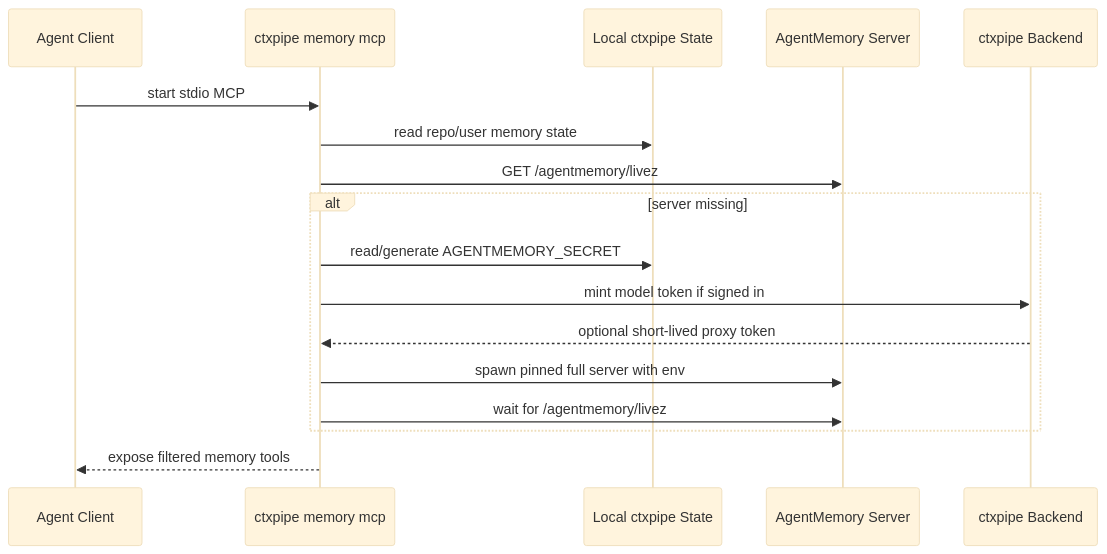
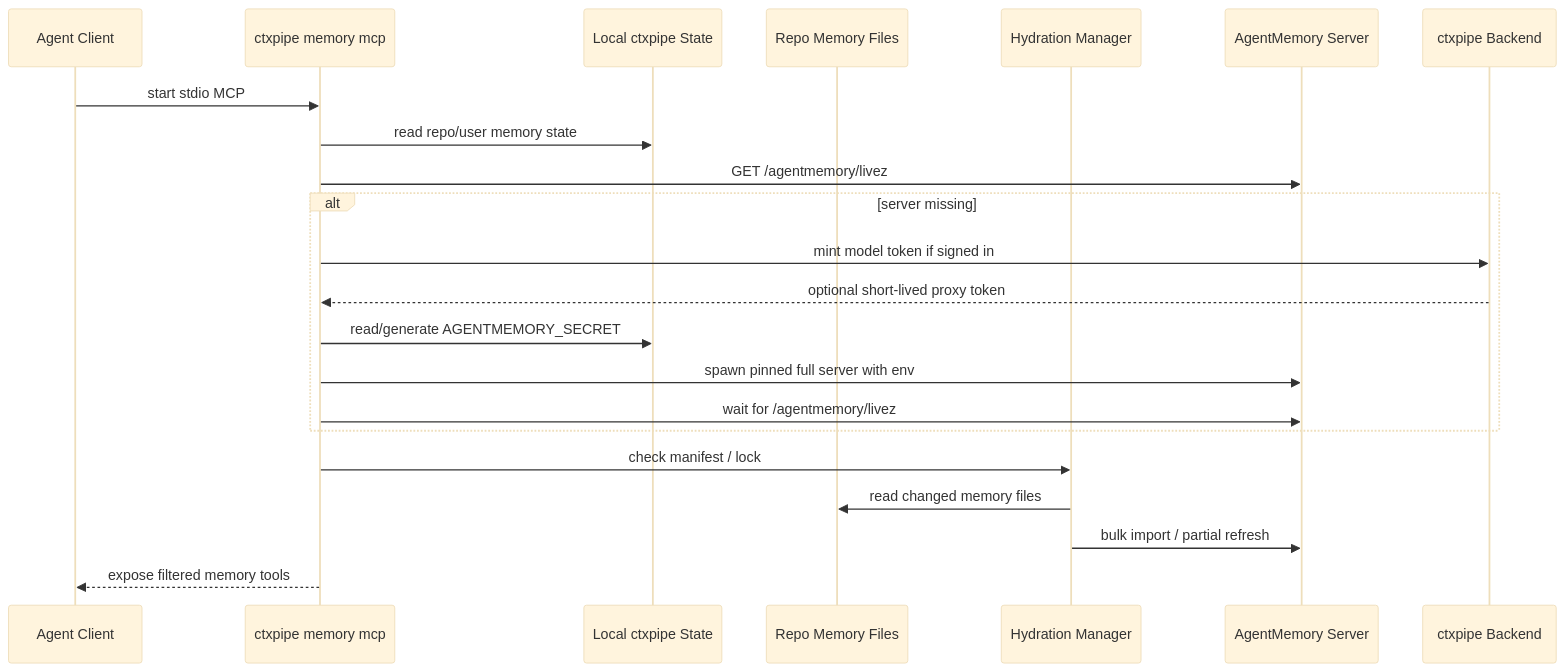
The second of 5 diagrams in .ai/memory/decisions/ADR-021-local-agent-memory-agentmemory-hybrid-mcp-proxy.md (ctxpipe-ai/ctxpipe), drawn with Mermaid (base theme) before and after one commit. The commit also changed other lines of this file and 1 other file, not shown here.

````diff
--- a/.ai/memory/decisions/ADR-021-local-agent-memory-agentmemory-hybrid-mcp-proxy.md
+++ b/.ai/memory/decisions/ADR-021-local-agent-memory-agentmemory-hybrid-mcp-proxy.md
@@ -180,20 +260,25 @@
 ```mermaid
 sequenceDiagram
   participant Agent as Agent Client
   participant MCP as ctxpipe memory mcp
   participant State as Local ctxpipe State
+  participant Files as Repo Memory Files
+  participant Hydrate as Hydration Manager
   participant AM as AgentMemory Server
   participant Auth as ctxpipe Backend
 
   Agent->>MCP: start stdio MCP
   MCP->>State: read repo/user memory state
   MCP->>AM: GET /agentmemory/livez
   alt server missing
-    MCP->>State: read/generate AGENTMEMORY_SECRET
     MCP->>Auth: mint model token if signed in
     Auth-->>MCP: optional short-lived proxy token
+    MCP->>State: read/generate AGENTMEMORY_SECRET
     MCP->>AM: spawn pinned full server with env
     MCP->>AM: wait for /agentmemory/livez
   end
+  MCP->>Hydrate: check manifest / lock
+  Hydrate->>Files: read changed memory files
+  Hydrate->>AM: bulk import / partial refresh
   MCP-->>Agent: expose filtered memory tools
 ```
````
